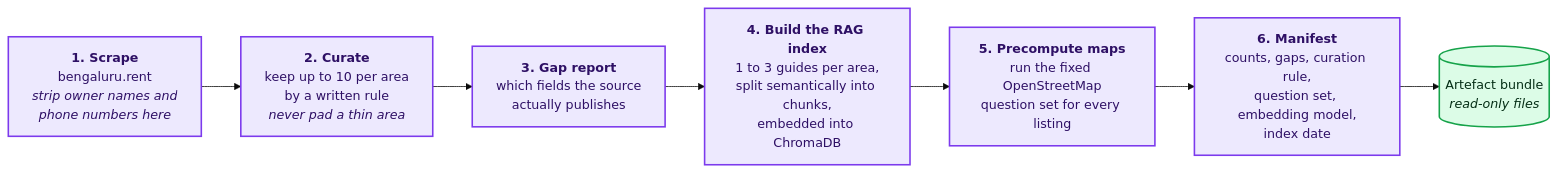
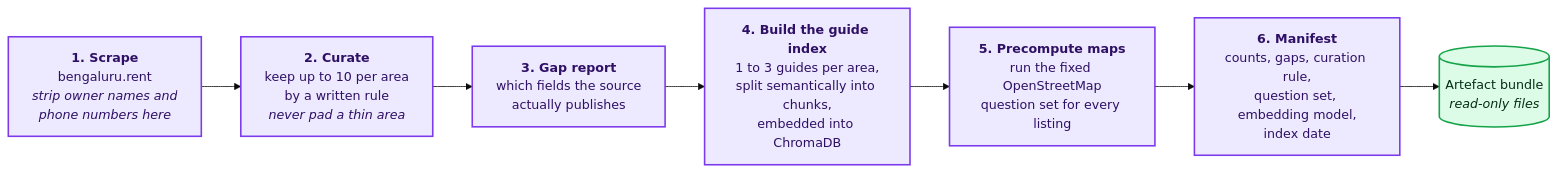
The fifth of 22 diagrams in Docs/Architecture.md (KarthikBattaram19/Capstone_Project_Next_Leap), drawn with Mermaid (base theme) before and after one commit. The commit also changed other lines of this file and 10 other files, not shown here.

First line of the commit message:
docs: let RAG name the technique only; its artefacts become guide index / guide chunk

````diff
--- a/Docs/Architecture.md
+++ b/Docs/Architecture.md
@@ -222,14 +222,14 @@
 ```mermaid
 flowchart LR
     S1["<b>1. Scrape</b><br/>bengaluru.rent<br/><i>strip owner names and<br/>phone numbers here</i>"] --> S2["<b>2. Curate</b><br/>keep up to 10 per area<br/>by a written rule<br/><i>never pad a thin area</i>"]
     S2 --> S3["<b>3. Gap report</b><br/>which fields the source<br/>actually publishes"]
-    S3 --> S4["<b>4. Build the RAG index</b><br/>1 to 3 guides per area,<br/>split semantically into chunks,<br/>embedded into ChromaDB"]
+    S3 --> S4["<b>4. Build the guide index</b><br/>1 to 3 guides per area,<br/>split semantically into chunks,<br/>embedded into ChromaDB"]
     S4 --> S5["<b>5. Precompute maps</b><br/>run the fixed OpenStreetMap<br/>question set for every listing"]
     S5 --> S6["<b>6. Manifest</b><br/>counts, gaps, curation rule,<br/>question set, embedding model,<br/>index date"]
     S6 --> OUT[("Artefact bundle<br/><i>read-only files</i>")]
 
     classDef step fill:#ede9fe,stroke:#7c3aed,stroke-width:2px,color:#2e1065
     classDef out fill:#dcfce7,stroke:#16a34a,stroke-width:2px,color:#052e16
     class S1,S2,S3,S4,S5,S6 step
     class OUT out
 ```
````
